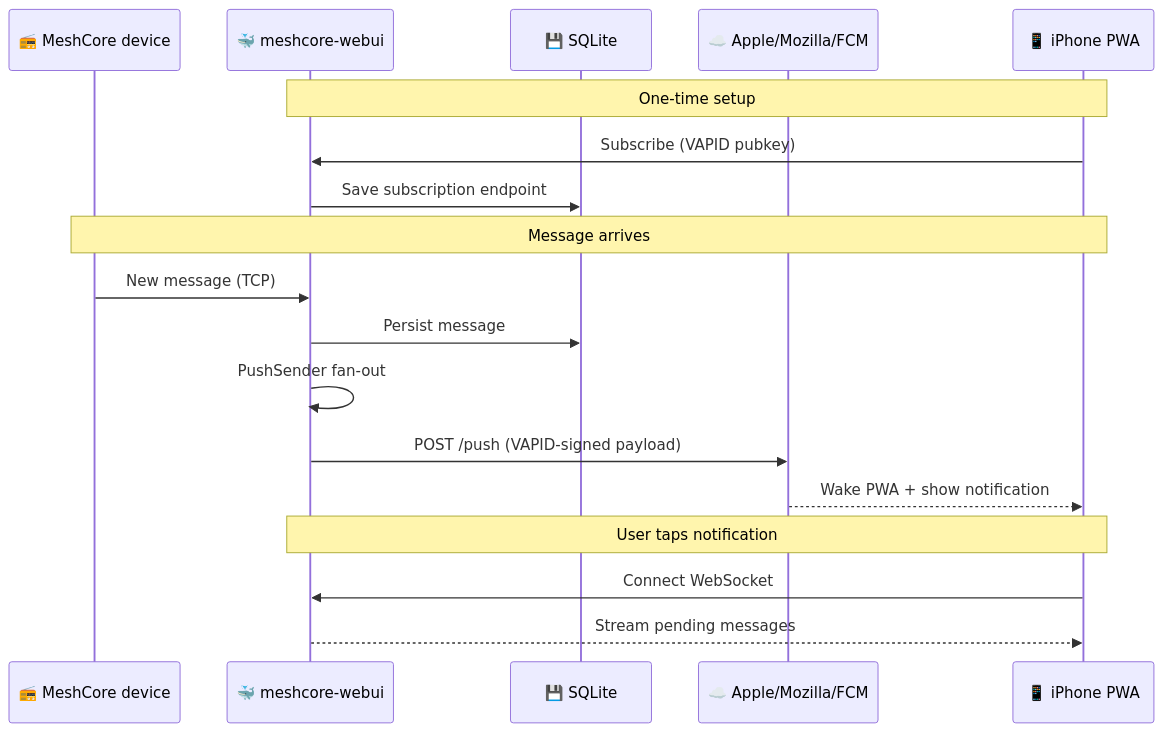
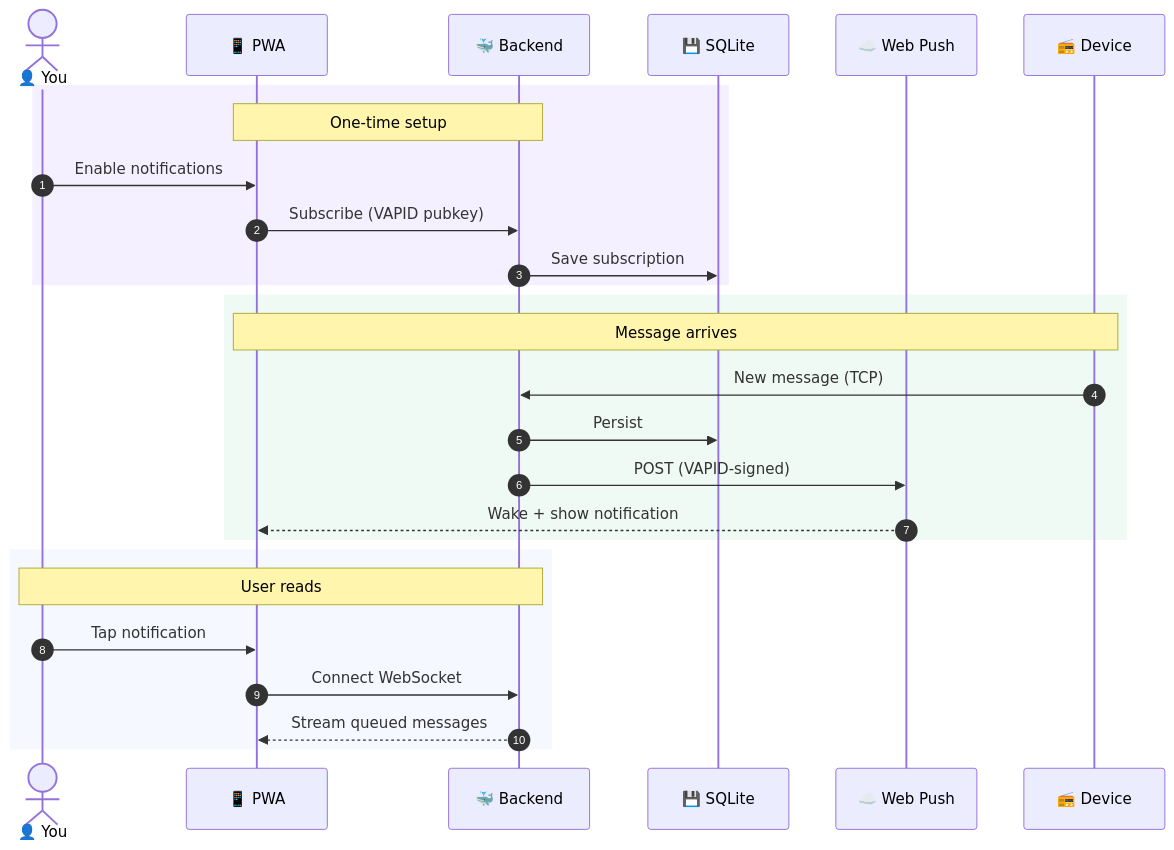
Before and after one commit to adradr/meshcore-webui: the second of 2 diagrams in README.md, drawn with Mermaid. The commit also changed other lines of this file, not shown here.

Commit message:
docs(readme): cleaner architecture mermaid (single push lane, color-coded lanes) + tighter sequence

````diff
--- a/README.md
+++ b/README.md
@@ -103,23 +87,32 @@
 ```mermaid
 sequenceDiagram
-  participant Device as 📻 MeshCore device
-  participant Backend as 🐳 meshcore-webui
+  autonumber
+  actor User as 👤 You
+  participant Phone as 📱 PWA
+  participant Backend as 🐳 Backend
   participant DB as 💾 SQLite
-  participant Push as ☁️ Apple/Mozilla/FCM
-  participant Phone as 📱 iPhone PWA
+  participant Push as ☁️ Web Push
+  participant Device as 📻 Device
 
-  Note over Phone,Backend: One-time setup
-  Phone->>Backend: Subscribe (VAPID pubkey)
-  Backend->>DB: Save subscription endpoint
+  rect rgb(245, 240, 255)
+    Note over Phone,Backend: One-time setup
+    User->>Phone: Enable notifications
+    Phone->>Backend: Subscribe (VAPID pubkey)
+    Backend->>DB: Save subscription
+  end
 
-  Note over Device,Phone: Message arrives
-  Device->>Backend: New message (TCP)
-  Backend->>DB: Persist message
-  Backend->>Backend: PushSender fan-out
-  Backend->>Push: POST /push (VAPID-signed payload)
-  Push-->>Phone: Wake PWA + show notification
+  rect rgb(240, 250, 245)
+    Note over Device,Phone: Message arrives
+    Device->>Backend: New message (TCP)
+    Backend->>DB: Persist
+    Backend->>Push: POST (VAPID-signed)
+    Push-->>Phone: Wake + show notification
+  end
 
-  Note over Phone,Backend: User taps notification
-  Phone->>Backend: Connect WebSocket
-  Backend-->>Phone: Stream pending messages
+  rect rgb(245, 248, 255)
+    Note over User,Backend: User reads
+    User->>Phone: Tap notification
+    Phone->>Backend: Connect WebSocket
+    Backend-->>Phone: Stream queued messages
+  end
 ```
````
